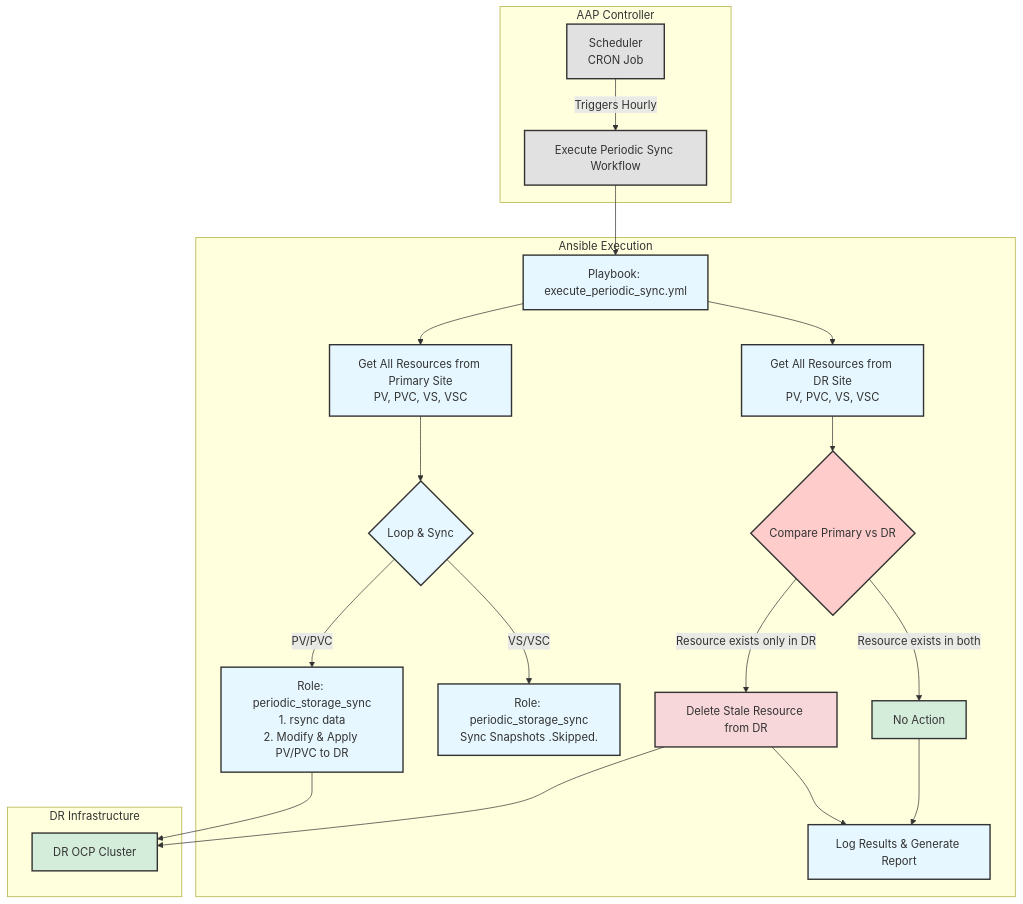
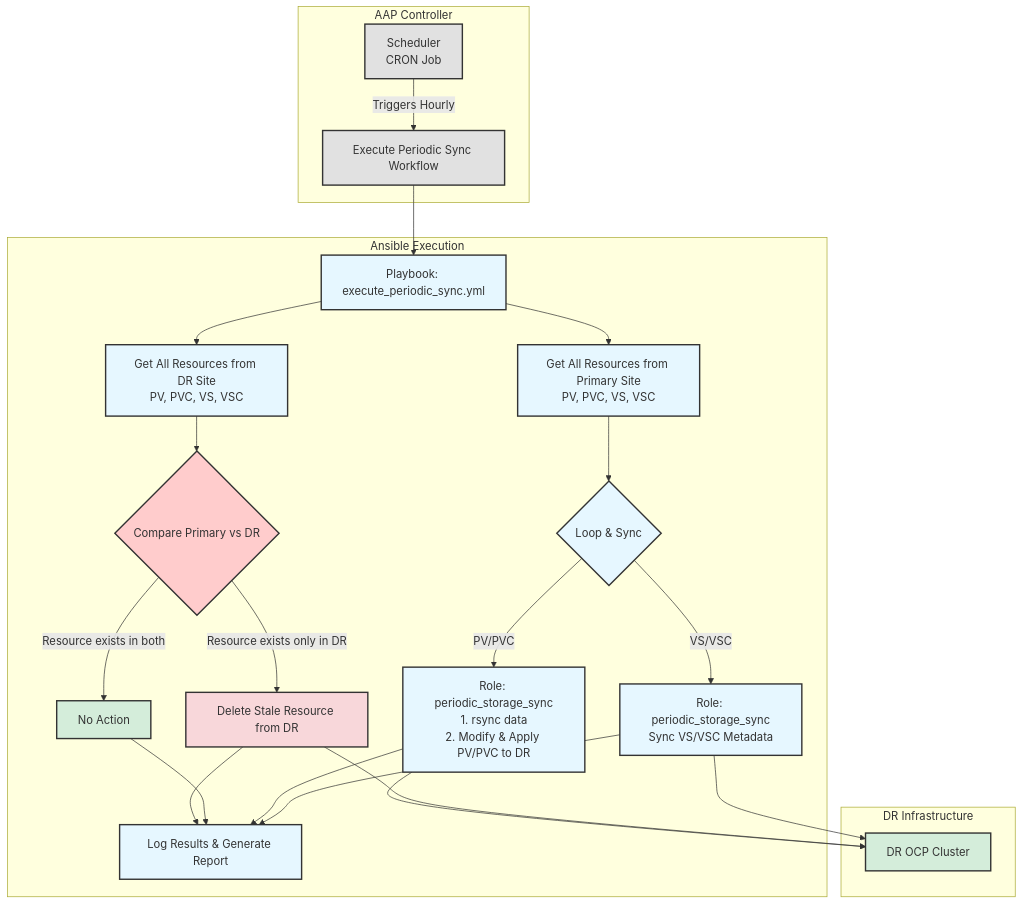
The second of 3 diagrams in planning/ansible-dr-design.md (wangzheng422/ansible-dr-demo), drawn with Mermaid before and after one commit. The commit also changed other lines of this file and 2 other files, not shown here.

````diff
--- a/planning/ansible-dr-design.md
+++ b/planning/ansible-dr-design.md
@@ -53,41 +53,44 @@
 ```mermaid
 graph TD
     subgraph AAP Controller
         A[Scheduler<br>CRON Job] -- Triggers Hourly --> B[Execute Periodic Sync Workflow];
     end
 
     subgraph Ansible Execution
         B --> C[Playbook: execute_periodic_sync.yml];
         C --> D[Get All Resources from Primary Site<br>PV, PVC, VS, VSC];
         D --> E{Loop & Sync};
         E -- PV/PVC --> F[Role: periodic_storage_sync<br>1. rsync data<br>2. Modify & Apply PV/PVC to DR];
-        E -- VS/VSC --> G[Role: periodic_storage_sync<br>Sync Snapshots .Skipped.];
+        E -- VS/VSC --> G[Role: periodic_storage_sync<br>Sync VS/VSC Metadata];
         
         C --> H[Get All Resources from DR Site<br>PV, PVC, VS, VSC];
         H --> I{Compare Primary vs DR};
         I -- Resource exists only in DR --> J[Delete Stale Resource from DR];
         I -- Resource exists in both --> K[No Action];
         
         J --> L[Log Results & Generate Report];
         K --> L;
+        F --> L;
+        G --> L;
     end
 
     subgraph "DR Infrastructure"
         F --> M[DR OCP Cluster];
         J --> M;
+        G --> M;
     end
 
     style A fill:#e1e1e1,stroke:#333,stroke-width:2px
     style B fill:#e1e1e1,stroke:#333,stroke-width:2px
     style C fill:#e6f7ff,stroke:#333,stroke-width:2px
     style D fill:#e6f7ff,stroke:#333,stroke-width:2px
     style E fill:#e6f7ff,stroke:#333,stroke-width:2px
     style F fill:#e6f7ff,stroke:#333,stroke-width:2px
     style G fill:#e6f7ff,stroke:#333,stroke-width:2px
     style H fill:#e6f7ff,stroke:#333,stroke-width:2px
     style I fill:#ffcccc,stroke:#333,stroke-width:2px
     style J fill:#f8d7da,stroke:#333,stroke-width:2px
     style K fill:#d4edda,stroke:#333,stroke-width:2px
     style L fill:#e6f7ff,stroke:#333,stroke-width:2px
     style M fill:#d4edda,stroke:#333,stroke-width:2px
 ```
````
